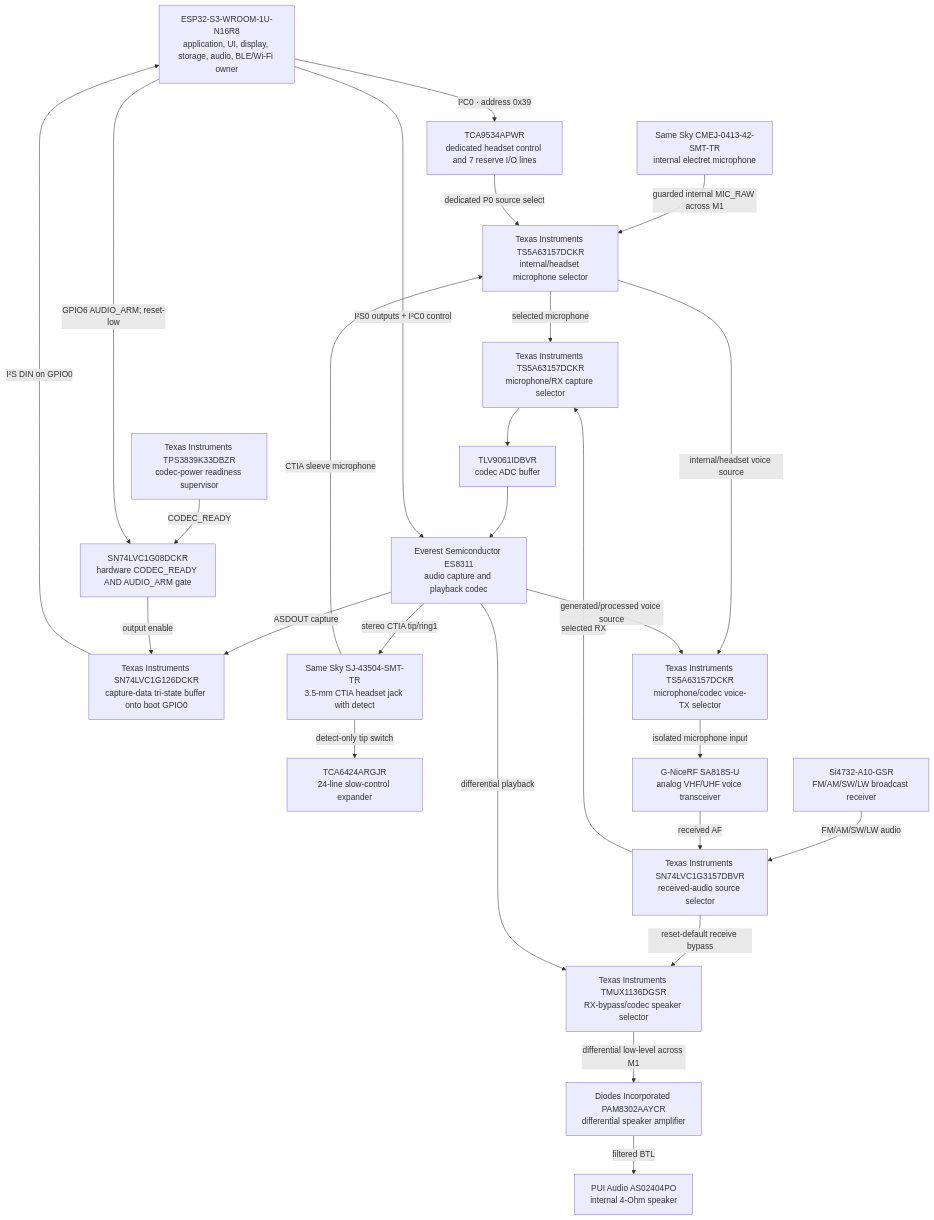
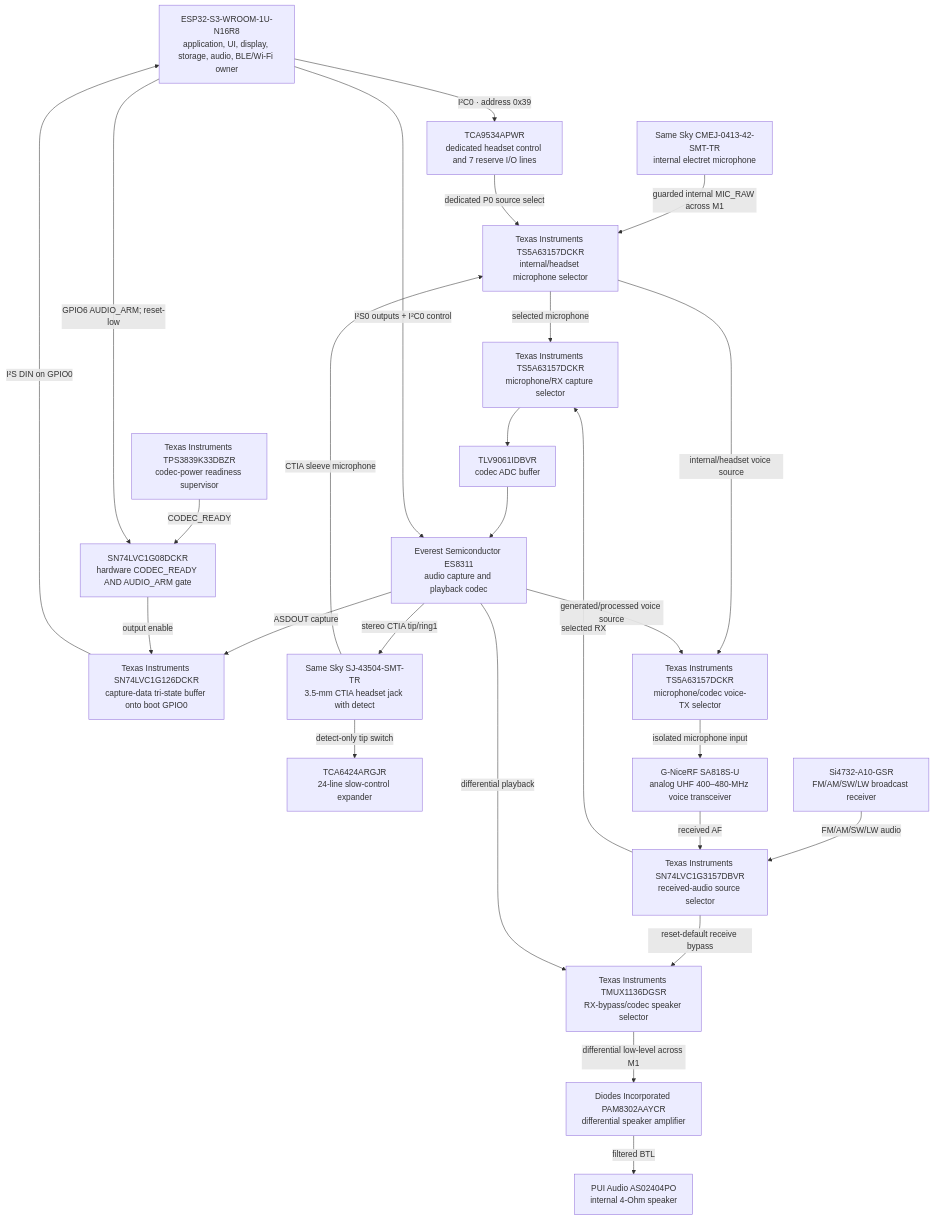
Before and after one commit to anton-vinogradov/esp32-leshy2: the sixth of 10 diagrams in docs/schematics.md, drawn with Mermaid. The commit also changed other lines of this file and 26 other files, not shown here.

Commit message:
Review H5 source research and dual voice diagrams

````diff
--- a/docs/schematics.md
+++ b/docs/schematics.md
@@ -194,45 +194,45 @@
 ```mermaid
 flowchart TD
 S3["ESP32-S3-WROOM-1U-N16R8<br/>application, UI, display, storage, audio, BLE/Wi-Fi owner"]
 SLOW_IO["TCA6424ARGJR<br/>24-line slow-control expander"]
 RECEIVER["Si4732-A10-GSR<br/>FM/AM/SW/LW broadcast receiver"]
-VOICE["G-NiceRF SA818S-U<br/>analog VHF/UHF voice transceiver"]
+VOICE["G-NiceRF SA818S-U<br/>analog UHF 400–480-MHz voice transceiver"]
 MICROPHONE["Same Sky CMEJ-0413-42-SMT-TR<br/>internal electret microphone"]
 HEADSET_CONTROL_IO["TCA9534APWR<br/>dedicated headset control and 7 reserve I/O lines"]
 HEADSET_MIC_SELECTOR["Texas Instruments TS5A63157DCKR<br/>internal/headset microphone selector"]
 AUDIO_RX_MUX["Texas Instruments SN74LVC1G3157DBVR<br/>received-audio source selector"]
 AUDIO_CAPTURE_SELECTOR["Texas Instruments TS5A63157DCKR<br/>microphone/RX capture selector"]
 AUDIO_CAPTURE_BUFFER["TLV9061IDBVR<br/>codec ADC buffer"]
 CODEC["Everest Semiconductor ES8311<br/>audio capture and playback codec"]
 CODEC_SUPERVISOR["Texas Instruments TPS3839K33DBZR<br/>codec-power readiness supervisor"]
 CODEC_I2S_DIN_BOOT_GATE["SN74LVC1G08DCKR<br/>hardware CODEC_READY AND AUDIO_ARM gate"]
 CODEC_I2S_DIN_ISO["Texas Instruments SN74LVC1G126DCKR<br/>capture-data tri-state buffer onto boot GPIO0"]
 AUDIO_SPEAKER_SELECTOR["Texas Instruments TMUX1136DGSR<br/>RX-bypass/codec speaker selector"]
 AUDIO_TX_SELECTOR["Texas Instruments TS5A63157DCKR<br/>microphone/codec voice-TX selector"]
 SPEAKER_AMP["Diodes Incorporated PAM8302AAYCR<br/>differential speaker amplifier"]
 SPEAKER["PUI Audio AS02404PO<br/>internal 4-Ohm speaker"]
 HEADPHONE_JACK["Same Sky SJ-43504-SMT-TR<br/>3.5-mm CTIA headset jack with detect"]
   RECEIVER -->|"FM/AM/SW/LW audio"| AUDIO_RX_MUX
   VOICE -->|"received AF"| AUDIO_RX_MUX
   AUDIO_RX_MUX -->|"selected RX"| AUDIO_CAPTURE_SELECTOR
   MICROPHONE -->|"guarded internal MIC_RAW across M1"| HEADSET_MIC_SELECTOR
   HEADPHONE_JACK -->|"CTIA sleeve microphone"| HEADSET_MIC_SELECTOR
   HEADPHONE_JACK -->|"detect-only tip switch"| SLOW_IO
   S3 -->|"I²C0 · address 0x39"| HEADSET_CONTROL_IO
   HEADSET_CONTROL_IO -->|"dedicated P0 source select"| HEADSET_MIC_SELECTOR
   HEADSET_MIC_SELECTOR -->|"selected microphone"| AUDIO_CAPTURE_SELECTOR
   AUDIO_CAPTURE_SELECTOR --> AUDIO_CAPTURE_BUFFER --> CODEC
   S3 -->|"I²S0 outputs + I²C0 control"| CODEC
   CODEC -->|"ASDOUT capture"| CODEC_I2S_DIN_ISO -->|"I²S DIN on GPIO0"| S3
   CODEC_SUPERVISOR -->|"CODEC_READY"| CODEC_I2S_DIN_BOOT_GATE
   S3 -->|"GPIO6 AUDIO_ARM; reset-low"| CODEC_I2S_DIN_BOOT_GATE
   CODEC_I2S_DIN_BOOT_GATE -->|"output enable"| CODEC_I2S_DIN_ISO
   AUDIO_RX_MUX -->|"reset-default receive bypass"| AUDIO_SPEAKER_SELECTOR
   CODEC -->|"differential playback"| AUDIO_SPEAKER_SELECTOR
   AUDIO_SPEAKER_SELECTOR -->|"differential low-level across M1"| SPEAKER_AMP
   SPEAKER_AMP -->|"filtered BTL"| SPEAKER
   CODEC -->|"stereo CTIA tip/ring1"| HEADPHONE_JACK
   HEADSET_MIC_SELECTOR -->|"internal/headset voice source"| AUDIO_TX_SELECTOR
   CODEC -->|"generated/processed voice source"| AUDIO_TX_SELECTOR
   AUDIO_TX_SELECTOR -->|"isolated microphone input"| VOICE
 ```
````
